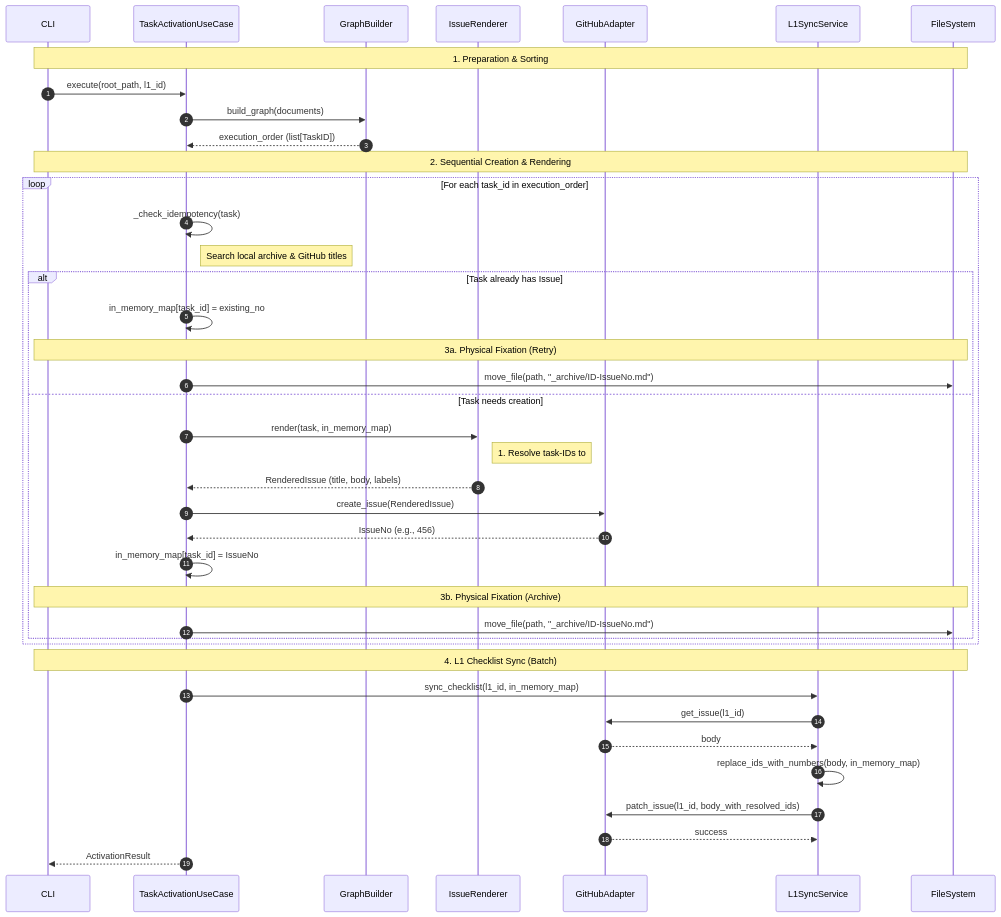
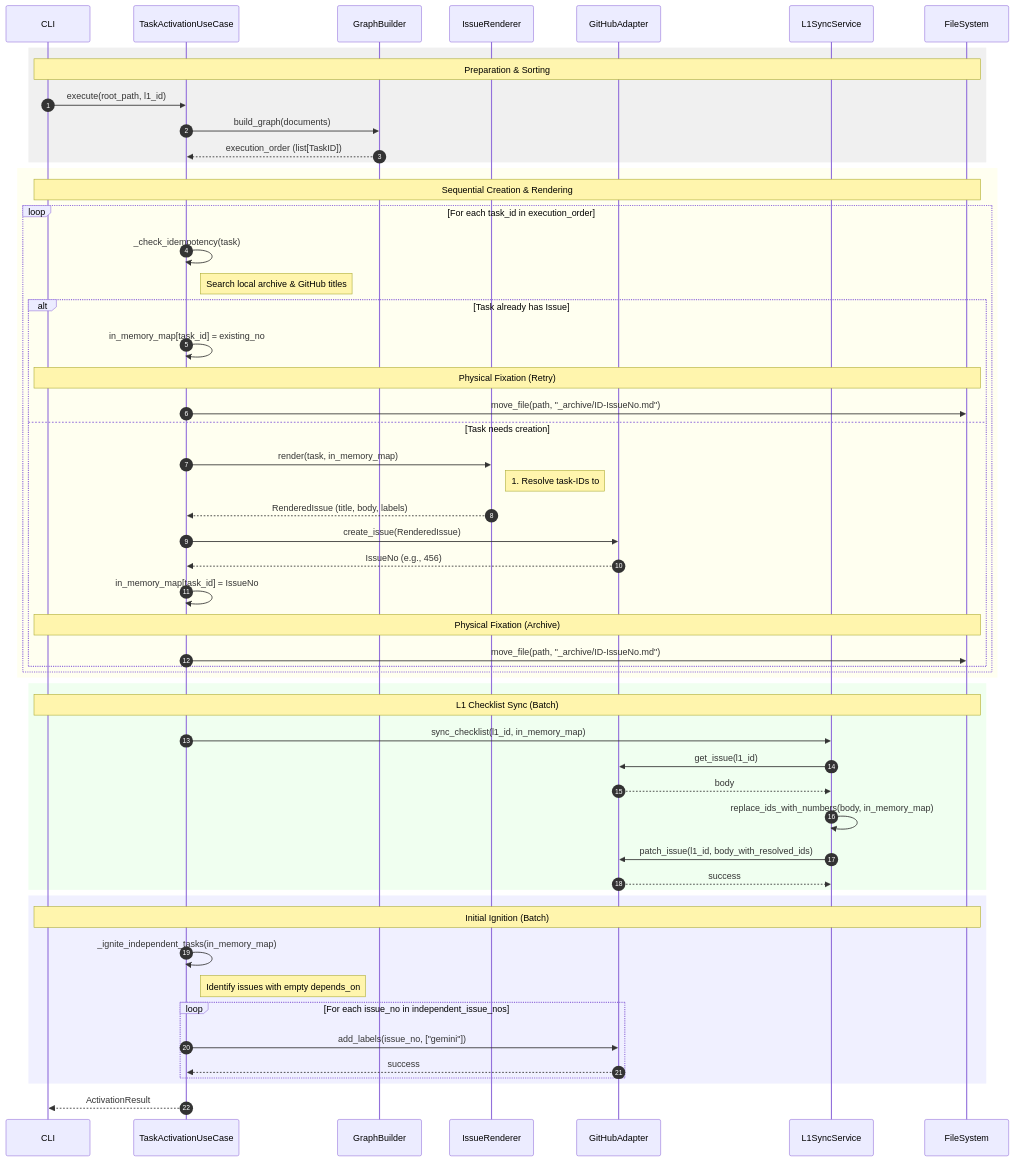
Before and after one commit to masa-codehub/issue_creator_kit: the diagram in docs/architecture/behavior-activation.md, drawn with Mermaid. The commit also changed other lines of this file and 20 other files, not shown here.

Commit message:
chore: sync release v0.7.1 from masa-codehub/dev_issue_creator_kit

````diff
--- a/docs/architecture/behavior-activation.md
+++ b/docs/architecture/behavior-activation.md
@@ -31,49 +31,65 @@
 ```mermaid
 sequenceDiagram
     autonumber
     participant CLI as CLI
     participant UC as TaskActivationUseCase
     participant GB as GraphBuilder
     participant IR as IssueRenderer
     participant GH as GitHubAdapter
     participant SY as L1SyncService
     participant FS as FileSystem
 
-    Note over CLI, FS: 1. Preparation & Sorting
-    CLI->>UC: execute(root_path, l1_id)
-    UC->>GB: build_graph(documents)
-    GB-->>UC: execution_order (list[TaskID])
+    rect rgb(240, 240, 240)
+        Note over CLI, FS: Preparation & Sorting
+        CLI->>UC: execute(root_path, l1_id)
+        UC->>GB: build_graph(documents)
+        GB-->>UC: execution_order (list[TaskID])
+    end
 
-    Note over CLI, FS: 2. Sequential Creation & Rendering
-    loop For each task_id in execution_order
-        UC->>UC: _check_idempotency(task)
-        Note right of UC: Search local archive & GitHub titles
+    rect rgb(255, 255, 240)
+        Note over CLI, FS: Sequential Creation & Rendering
+        loop For each task_id in execution_order
+            UC->>UC: _check_idempotency(task)
+            Note right of UC: Search local archive & GitHub titles
 
-        alt Task already has Issue
-            UC->>UC: in_memory_map[task_id] = existing_no
-            Note over CLI, FS: 3a. Physical Fixation (Retry)
-            UC->>FS: move_file(path, "_archive/ID-IssueNo.md")
-        else Task needs creation
-            UC->>IR: render(task, in_memory_map)
-            Note right of IR: 1. Resolve task-IDs to #IssueNo<br/>2. Format JSON Metadata<br/>3. Generate ## Dependencies
-            IR-->>UC: RenderedIssue (title, body, labels)
+            alt Task already has Issue
+                UC->>UC: in_memory_map[task_id] = existing_no
+                Note over CLI, FS: Physical Fixation (Retry)
+                UC->>FS: move_file(path, "_archive/ID-IssueNo.md")
+            else Task needs creation
+                UC->>IR: render(task, in_memory_map)
+                Note right of IR: 1. Resolve task-IDs to #IssueNo<br/>2. Format JSON Metadata<br/>3. Generate ## Dependencies
+                IR-->>UC: RenderedIssue (title, body, labels)
 
-            UC->>GH: create_issue(RenderedIssue)
-            GH-->>UC: IssueNo (e.g., 456)
-            UC->>UC: in_memory_map[task_id] = IssueNo
+                UC->>GH: create_issue(RenderedIssue)
+                GH-->>UC: IssueNo (e.g., 456)
+                UC->>UC: in_memory_map[task_id] = IssueNo
 
-            Note over CLI, FS: 3b. Physical Fixation (Archive)
-            UC->>FS: move_file(path, "_archive/ID-IssueNo.md")
+                Note over CLI, FS: Physical Fixation (Archive)
+                UC->>FS: move_file(path, "_archive/ID-IssueNo.md")
+            end
         end
     end
 
-    Note over CLI, FS: 4. L1 Checklist Sync (Batch)
-    UC->>SY: sync_checklist(l1_id, in_memory_map)
-    SY->>GH: get_issue(l1_id)
-    GH-->>SY: body
-    SY->>SY: replace_ids_with_numbers(body, in_memory_map)
-    SY->>GH: patch_issue(l1_id, body_with_resolved_ids)
-    GH-->>SY: success
+    rect rgb(240, 255, 240)
+        Note over CLI, FS: L1 Checklist Sync (Batch)
+        UC->>SY: sync_checklist(l1_id, in_memory_map)
+        SY->>GH: get_issue(l1_id)
+        GH-->>SY: body
+        SY->>SY: replace_ids_with_numbers(body, in_memory_map)
+        SY->>GH: patch_issue(l1_id, body_with_resolved_ids)
+        GH-->>SY: success
+    end
+
+    rect rgb(240, 240, 255)
+        Note over CLI, FS: Initial Ignition (Batch)
+        UC->>UC: _ignite_independent_tasks(in_memory_map)
+        Note right of UC: Identify issues with empty depends_on
+        loop For each issue_no in independent_issue_nos
+            UC->>GH: add_labels(issue_no, ["gemini"])
+            GH-->>UC: success
+        end
+    end
 
     UC-->>CLI: ActivationResult
 ```
````
